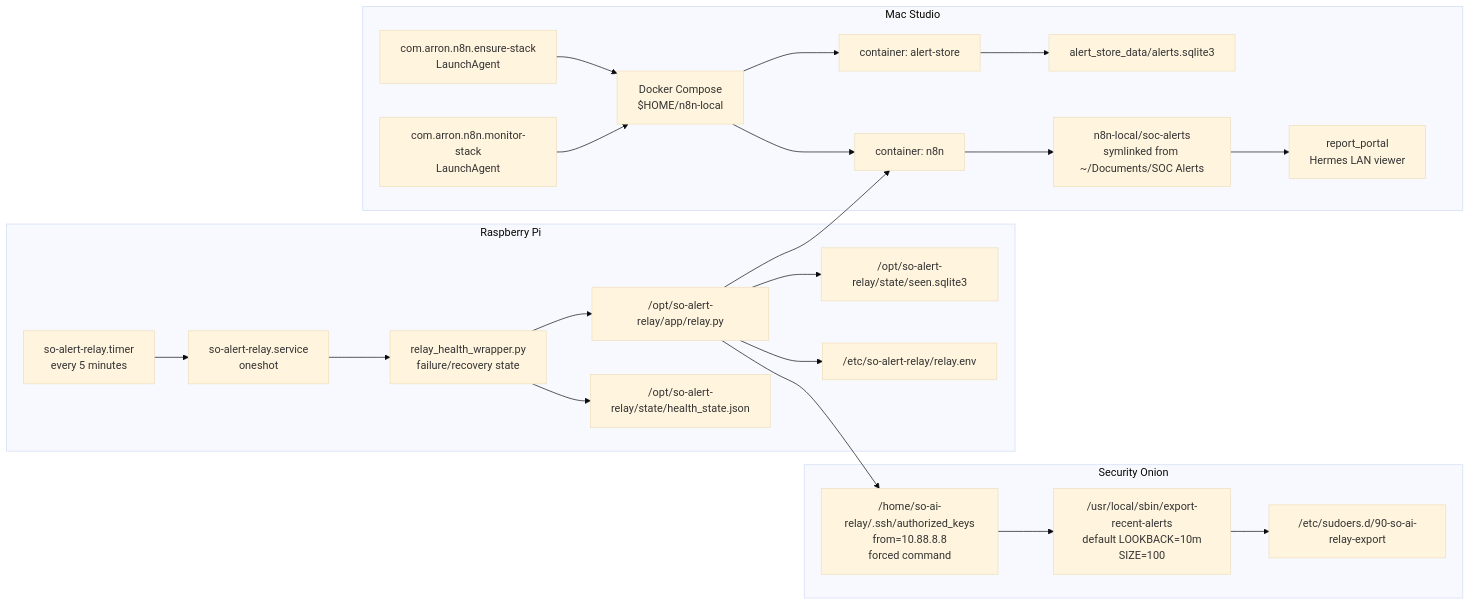
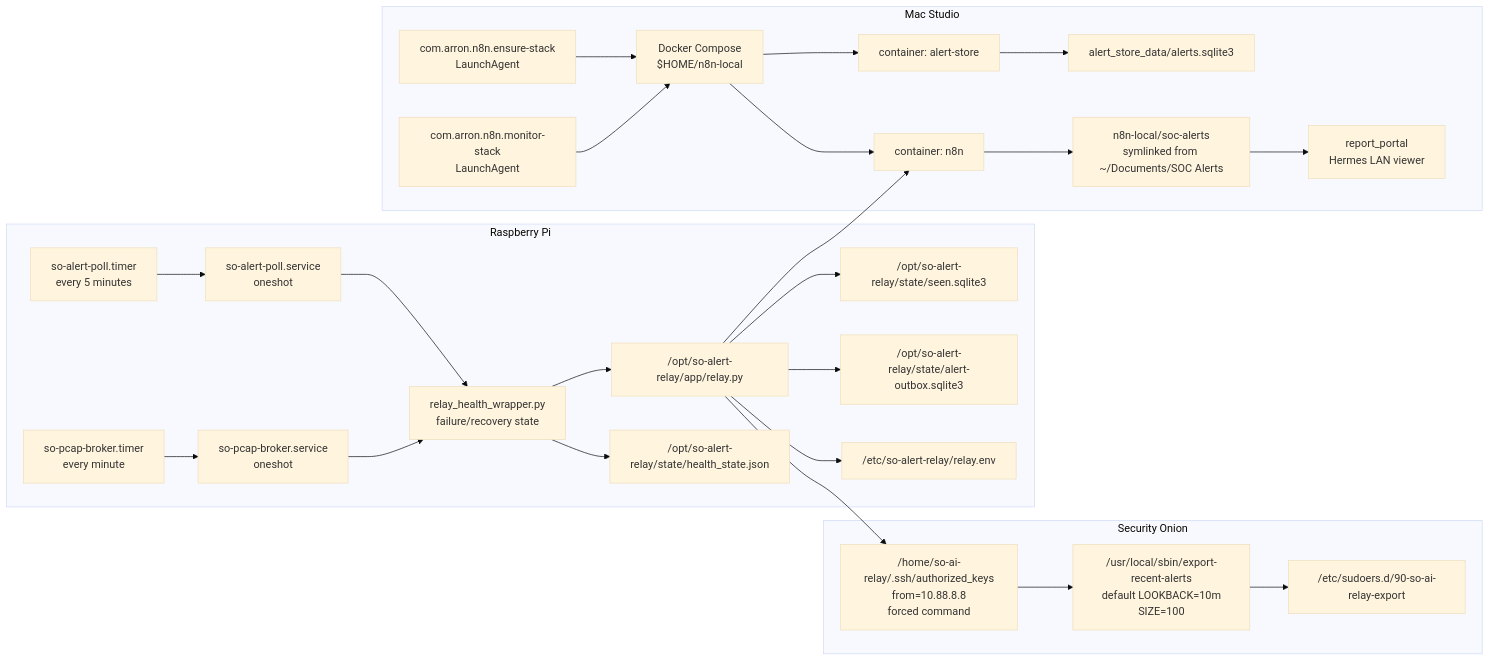
The third of 4 diagrams in docs/security-onion-relay-architecture.md (ArronJablonowski/OnionSentinel), drawn with Mermaid (base theme) before and after one commit. The commit also changed other lines of this file and 61 other files, not shown here.

````diff
--- a/docs/security-onion-relay-architecture.md
+++ b/docs/security-onion-relay-architecture.md
@@ -69,45 +75,50 @@
 ```mermaid
 flowchart LR
   subgraph "Security Onion"
     WRAP["/usr/local/sbin/export-recent-alerts<br/>default LOOKBACK=10m<br/>SIZE=100"]
     AK["/home/so-ai-relay/.ssh/authorized_keys<br/>from=10.88.8.8<br/>forced command"]
     SUDO["/etc/sudoers.d/90-so-ai-relay-export"]
   end
 
   subgraph "Raspberry Pi"
-    TIMER["so-alert-relay.timer<br/>every 5 minutes"]
-    SERVICE["so-alert-relay.service<br/>oneshot"]
+    ATIMER["so-alert-poll.timer<br/>every 5 minutes"]
+    ASERVICE["so-alert-poll.service<br/>oneshot"]
+    PTIMER["so-pcap-broker.timer<br/>every minute"]
+    PSERVICE["so-pcap-broker.service<br/>oneshot"]
     HEALTH["relay_health_wrapper.py<br/>failure/recovery state"]
     APP["/opt/so-alert-relay/app/relay.py"]
     STATE["/opt/so-alert-relay/state/seen.sqlite3"]
+    OUTBOX["/opt/so-alert-relay/state/alert-outbox.sqlite3"]
     HSTATE["/opt/so-alert-relay/state/health_state.json"]
     ENV["/etc/so-alert-relay/relay.env"]
   end
 
   subgraph "Mac Studio"
     ENSURE["com.arron.n8n.ensure-stack<br/>LaunchAgent"]
     MONITOR["com.arron.n8n.monitor-stack<br/>LaunchAgent"]
     DOCKER["Docker Compose<br/>$HOME/n8n-local"]
     N8NC["container: n8n"]
     STOREC["container: alert-store"]
     DB["alert_store_data/alerts.sqlite3"]
     REPORTS["n8n-local/soc-alerts<br/>symlinked from ~/Documents/SOC Alerts"]
     PORTAL["report_portal<br/>Hermes LAN viewer"]
   end
 
-  TIMER --> SERVICE --> HEALTH --> APP
+  ATIMER --> ASERVICE --> HEALTH --> APP
+  PTIMER --> PSERVICE --> HEALTH
   HEALTH --> HSTATE
   APP --> STATE
+  APP --> OUTBOX
   APP --> ENV
   APP --> AK
   AK --> WRAP
   WRAP --> SUDO
   APP --> N8NC
   ENSURE --> DOCKER
   MONITOR --> DOCKER
   DOCKER --> N8NC
   DOCKER --> STOREC
   STOREC --> DB
   N8NC --> REPORTS
   REPORTS --> PORTAL
 ```
````
